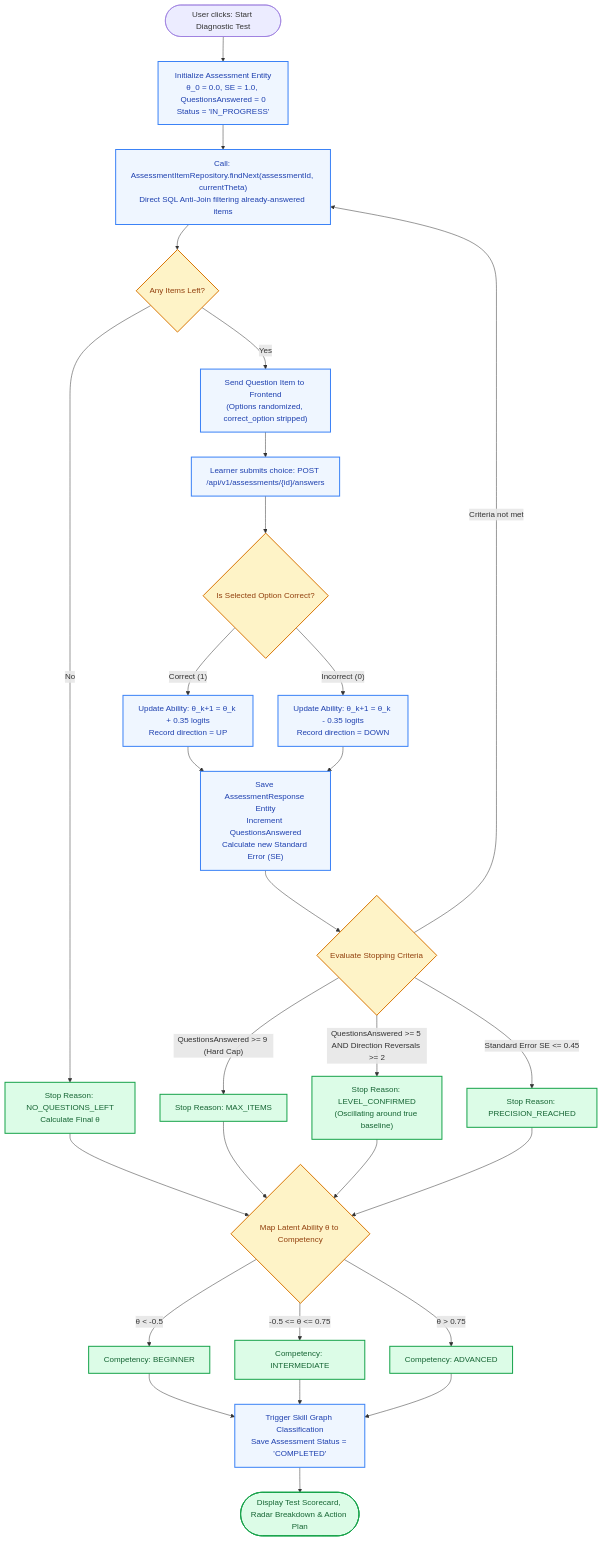
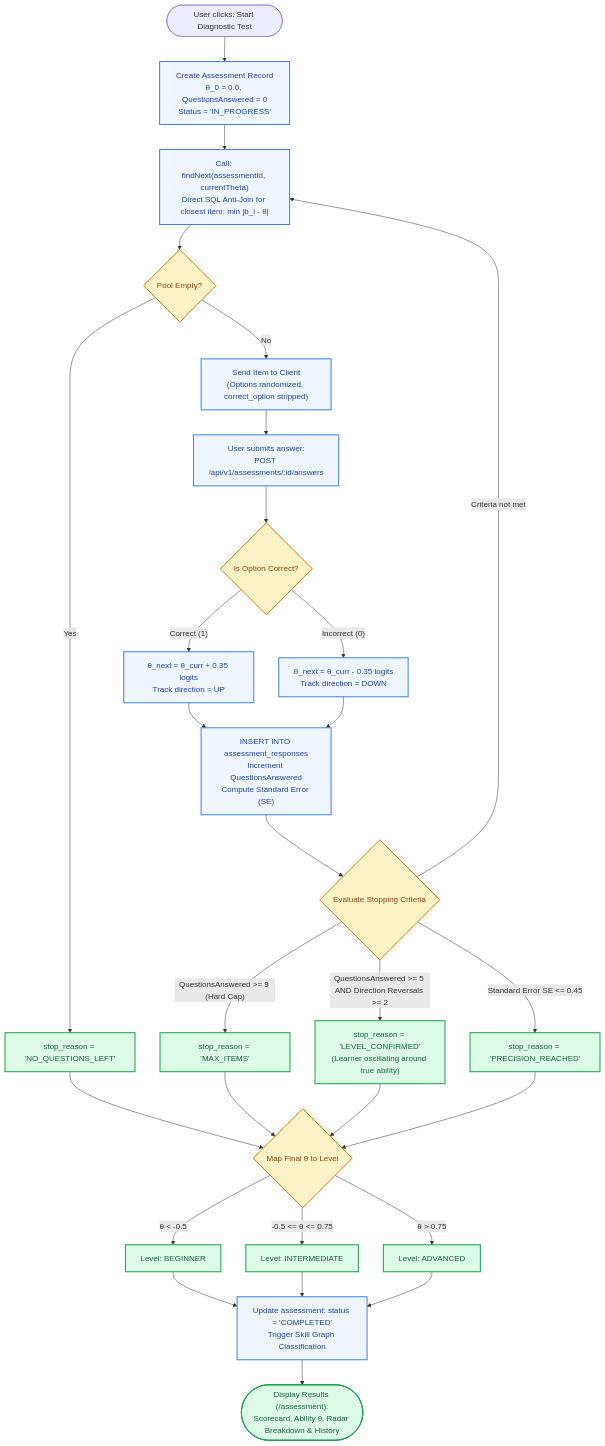
The eighth of 11 diagrams in DESIGN_FLOWCHARTS.md (LNCT-Unix/AI-Powered-Upskilling-Platform), drawn with Mermaid before and after one commit. The commit also changed other lines of this file, not shown here.

Commit message:
Updated flowcharts

````diff
--- a/DESIGN_FLOWCHARTS.md
+++ b/DESIGN_FLOWCHARTS.md
@@ -504,40 +429,41 @@
 ```mermaid
 flowchart TD
-    START_ASSESSMENT([User clicks: Start Diagnostic Test]) --> INIT_CAT["Initialize Assessment Entity<br/>θ_0 = 0.0, SE = 1.0, QuestionsAnswered = 0<br/>Status = 'IN_PROGRESS'"]
-    INIT_CAT --> SELECT_ITEM["Call: AssessmentItemRepository.findNext(assessmentId, currentTheta)<br/>Direct SQL Anti-Join filtering already-answered items"]
-    SELECT_ITEM --> CHECK_EMPTY{Any Items Left?}
+    START([User clicks: Start Diagnostic Test]) --> INIT_CAT["Create Assessment Record<br/>θ_0 = 0.0, QuestionsAnswered = 0<br/>Status = 'IN_PROGRESS'"]
     
-    CHECK_EMPTY -- No --> FINISH_EXHAUST["Stop Reason: NO_QUESTIONS_LEFT<br/>Calculate Final θ"]
-    CHECK_EMPTY -- Yes --> DELIVER["Send Question Item to Frontend<br/>(Options randomized, correct_option stripped)"]
+    INIT_CAT --> GET_NEXT["Call: findNext(assessmentId, currentTheta)<br/>Direct SQL Anti-Join for closest item: min |b_i - θ|"]
+    GET_NEXT --> POOL_EMPTY{Pool Empty?}
     
-    DELIVER --> WAIT_ANSWER["Learner submits choice: POST /api/v1/assessments/{id}/answers"]
-    WAIT_ANSWER --> SCORE_EVAL{Is Selected Option Correct?}
+    POOL_EMPTY -- Yes --> STOP_NO_Q["stop_reason = 'NO_QUESTIONS_LEFT'"]
+    POOL_EMPTY -- No --> SEND_QUESTION["Send Item to Client<br/>(Options randomized, correct_option stripped)"]
     
-    SCORE_EVAL -- Correct (1) --> THETA_UP["Update Ability: θ_k+1 = θ_k + 0.35 logits<br/>Record direction = UP"]
-    SCORE_EVAL -- Incorrect (0) --> THETA_DOWN["Update Ability: θ_k+1 = θ_k - 0.35 logits<br/>Record direction = DOWN"]
+    SEND_QUESTION --> WAIT_ANS["User submits answer:<br/>POST /api/v1/assessments/:id/answers"]
+    WAIT_ANS --> EVAL_ANS{Is Option Correct?}
     
-    THETA_UP & THETA_DOWN --> UPDATE_STATS["Save AssessmentResponse Entity<br/>Increment QuestionsAnswered<br/>Calculate new Standard Error (SE)"]
+    EVAL_ANS -- Correct (1) --> ADJ_UP["θ_next = θ_curr + 0.35 logits<br/>Track direction = UP"]
+    EVAL_ANS -- Incorrect (0) --> ADJ_DOWN["θ_next = θ_curr - 0.35 logits<br/>Track direction = DOWN"]
     
-    UPDATE_STATS --> STOP_RULES{Evaluate Stopping Criteria}
+    ADJ_UP & ADJ_DOWN --> RECORD_RESP["INSERT INTO assessment_responses<br/>Increment QuestionsAnswered<br/>Compute Standard Error (SE)"]
     
-    STOP_RULES -- "QuestionsAnswered >= 9 (Hard Cap)" --> FINISH_MAX["Stop Reason: MAX_ITEMS"]
-    STOP_RULES -- "QuestionsAnswered >= 5 AND Direction Reversals >= 2" --> FINISH_CONV["Stop Reason: LEVEL_CONFIRMED<br/>(Oscillating around true baseline)"]
-    STOP_RULES -- "Standard Error SE <= 0.45" --> FINISH_SE["Stop Reason: PRECISION_REACHED"]
-    STOP_RULES -- "Criteria not met" --> SELECT_ITEM
+    RECORD_RESP --> CHECK_STOP{Evaluate Stopping Criteria}
+    
+    CHECK_STOP -- "QuestionsAnswered >= 9 (Hard Cap)" --> STOP_MAX["stop_reason = 'MAX_ITEMS'"]
+    CHECK_STOP -- "QuestionsAnswered >= 5 AND Direction Reversals >= 2" --> STOP_CONFIRMED["stop_reason = 'LEVEL_CONFIRMED'<br/>(Learner oscillating around true ability)"]
+    CHECK_STOP -- "Standard Error SE <= 0.45" --> STOP_SE["stop_reason = 'PRECISION_REACHED'"]
+    CHECK_STOP -- "Criteria not met" --> GET_NEXT
 
-    FINISH_EXHAUST & FINISH_MAX & FINISH_CONV & FINISH_SE --> CALC_LEVEL{Map Latent Ability θ to Competency}
-    CALC_LEVEL -- "θ < -0.5" --> LVL_BEG["Competency: BEGINNER"]
-    CALC_LEVEL -- "-0.5 <= θ <= 0.75" --> LVL_INT["Competency: INTERMEDIATE"]
-    CALC_LEVEL -- "θ > 0.75" --> LVL_ADV["Competency: ADVANCED"]
+    STOP_NO_Q & STOP_MAX & STOP_CONFIRMED & STOP_SE --> MAP_COMPETENCY{Map Final θ to Level}
+    MAP_COMPETENCY -- "θ < -0.5" --> LVL_BEG["Level: BEGINNER"]
+    MAP_COMPETENCY -- "-0.5 <= θ <= 0.75" --> LVL_INT["Level: INTERMEDIATE"]
+    MAP_COMPETENCY -- "θ > 0.75" --> LVL_ADV["Level: ADVANCED"]
 
-    LVL_BEG & LVL_INT & LVL_ADV --> PAINT_GRAPH["Trigger Skill Graph Classification<br/>Save Assessment Status = 'COMPLETED'"]
-    PAINT_GRAPH --> REVEAL_RESULTS(["Display Test Scorecard, Radar Breakdown & Action Plan"])
+    LVL_BEG & LVL_INT & LVL_ADV --> FINALIZE["Update assessment: status = 'COMPLETED'<br/>Trigger Skill Graph Classification"]
+    FINALIZE --> SHOW_SCORECARD(["Display Results (/assessment):<br/>Scorecard, Ability θ, Radar Breakdown & History"])
 
-    classDef action fill:#eff6ff,stroke:#3b82f6,stroke-width:2px,color:#1e40af;
-    classDef check fill:#fef3c7,stroke:#d97706,stroke-width:2px,color:#92400e;
-    classDef done fill:#dcfce7,stroke:#16a34a,stroke-width:2px,color:#166534;
+    classDef act fill:#eff6ff,stroke:#3b82f6,stroke-width:2px,color:#1e40af;
+    classDef dec fill:#fef3c7,stroke:#d97706,stroke-width:2px,color:#92400e;
+    classDef endNode fill:#dcfce7,stroke:#16a34a,stroke-width:2px,color:#166534;
 
-    class INIT_CAT,SELECT_ITEM,DELIVER,WAIT_ANSWER,THETA_UP,THETA_DOWN,UPDATE_STATS,PAINT_GRAPH action;
-    class CHECK_EMPTY,SCORE_EVAL,STOP_RULES,CALC_LEVEL check;
-    class FINISH_EXHAUST,FINISH_MAX,FINISH_CONV,FINISH_SE,LVL_BEG,LVL_INT,LVL_ADV,REVEAL_RESULTS done;
+    class INIT_CAT,GET_NEXT,SEND_QUESTION,WAIT_ANS,ADJ_UP,ADJ_DOWN,RECORD_RESP,FINALIZE act;
+    class POOL_EMPTY,EVAL_ANS,CHECK_STOP,MAP_COMPETENCY dec;
+    class STOP_NO_Q,STOP_MAX,STOP_CONFIRMED,STOP_SE,LVL_BEG,LVL_INT,LVL_ADV,SHOW_SCORECARD endNode;
 ```
````
